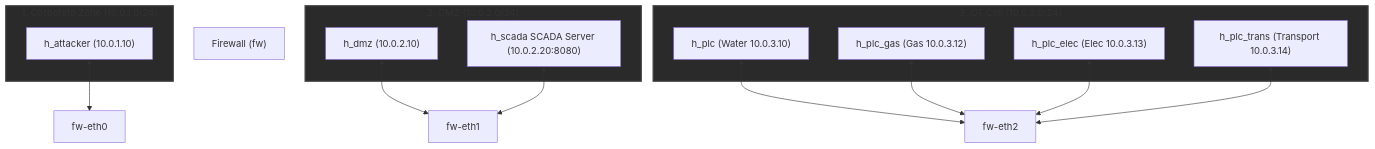
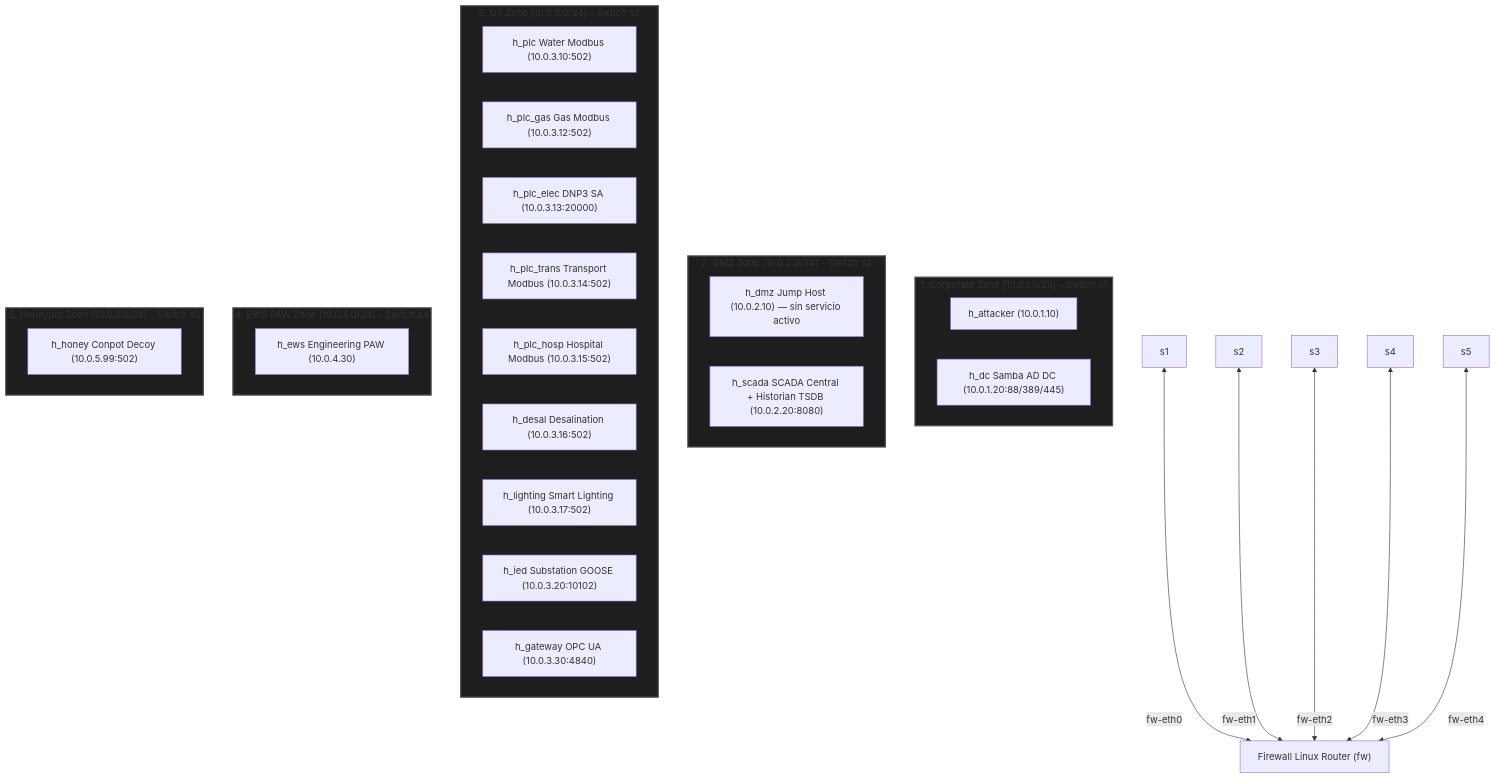
Before and after one commit to kripiman/CityLab: the first of 2 diagrams in docs/ARCHITECTURE.md, drawn with Mermaid. The commit also changed other lines of this file, not shown here.

First line of the commit message:
docs(ARCHITECTURE): update topology to 10 federates, add Luz y Desal

````diff
--- a/docs/ARCHITECTURE.md
+++ b/docs/ARCHITECTURE.md
@@ -16,31 +17,43 @@
 ```mermaid
 graph TD
-    subgraph CorpZone ["1. Corporate Zone (10.0.1.0/24)"]
+    subgraph CorpZone ["1. Corporate Zone (10.0.1.0/24) - Switch s1"]
         h_attacker["h_attacker (10.0.1.10)"]
+        h_dc["h_dc Samba AD DC (10.0.1.20:88/389/445)"]
     end
 
-    subgraph DmzZone ["2. DMZ (10.0.2.0/24)"]
-        h_dmz["h_dmz (10.0.2.10)"]
-        h_scada["h_scada SCADA Server (10.0.2.20:8080)"]
+    subgraph DmzZone ["2. DMZ Zone (10.0.2.0/24) - Switch s2"]
+        h_dmz["h_dmz Jump Host (10.0.2.10) — sin servicio activo"]
+        h_scada["h_scada SCADA Central + Historian TSDB (10.0.2.20:8080)"]
     end
 
-    subgraph OtZone ["3. OT Cell (10.0.3.0/24)"]
-        h_plc_water["h_plc (Water 10.0.3.10)"]
-        h_plc_gas["h_plc_gas (Gas 10.0.3.12)"]
-        h_plc_elec["h_plc_elec (Elec 10.0.3.13)"]
-        h_plc_trans["h_plc_trans (Transport 10.0.3.14)"]
+    subgraph OtZone ["3. OT Zone (10.0.3.0/24) - Switch s3"]
+        h_plc_water["h_plc Water Modbus (10.0.3.10:502)"]
+        h_plc_gas["h_plc_gas Gas Modbus (10.0.3.12:502)"]
+        h_plc_elec["h_plc_elec DNP3 SA (10.0.3.13:20000)"]
+        h_plc_trans["h_plc_trans Transport Modbus (10.0.3.14:502)"]
+        h_plc_hosp["h_plc_hosp Hospital Modbus (10.0.3.15:502)"]
+        h_desal["h_desal Desalination (10.0.3.16:502)"]
+        h_lighting["h_lighting Smart Lighting (10.0.3.17:502)"]
+        h_ied["h_ied Substation GOOSE (10.0.3.20:10102)"]
+        h_gateway["h_gateway OPC UA (10.0.3.30:4840)"]
     end
 
-    fw["Firewall (fw)"]
+    subgraph EwsZone ["4. EWS PAW Zone (10.0.4.0/24) - Switch s4"]
+        h_ews["h_ews Engineering PAW (10.0.4.30)"]
+    end
 
-    h_attacker <--> fw-eth0
-    h_dmz <--> fw-eth1
-    h_scada <--> fw-eth1
-    h_plc_water <--> fw-eth2
-    h_plc_gas <--> fw-eth2
-    h_plc_elec <--> fw-eth2
-    h_plc_trans <--> fw-eth2
+    subgraph HoneyZone ["5. Honeypot Zone (10.0.5.0/24) - Switch s5"]
+        h_honey["h_honey Conpot Decoy (10.0.5.99:502)"]
+    end
 
-    classDef zone fill:#2a2a2a,stroke:#444,stroke-width:2px;
-    class CorpZone,DmzZone,OtZone zone;
+    fw["Firewall Linux Router (fw)"]
+
+    s1 <-->|fw-eth0| fw
+    s2 <-->|fw-eth1| fw
+    s3 <-->|fw-eth2| fw
+    s4 <-->|fw-eth3| fw
+    s5 <-->|fw-eth4| fw
+
+    classDef zone fill:#1e1e1e,stroke:#555,stroke-width:2px;
+    class CorpZone,DmzZone,OtZone,EwsZone,HoneyZone zone;
 ```
````
